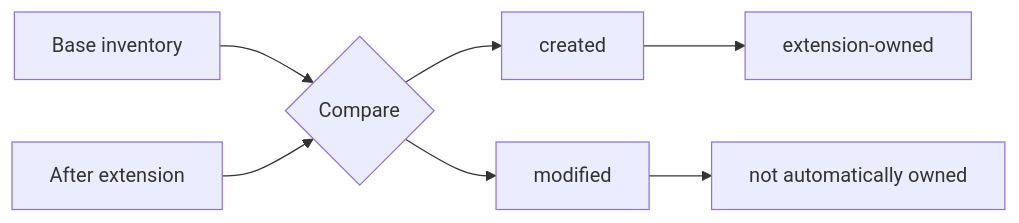
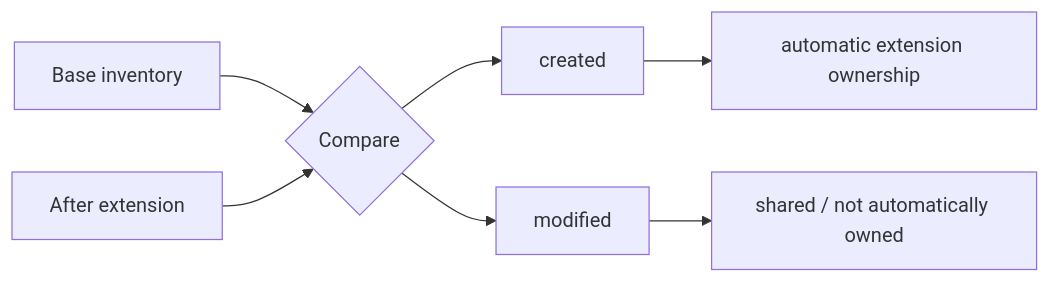
One commit to adeccscholar/BuildEngine-Admin changed the sixth of 8 diagrams in admin/server-docs/build-libraries.md. Above: the diagram before and after it, drawn with Mermaid. The commit also changed other lines of this file, not shown here.

````diff
--- a/admin/server-docs/build-libraries.md
+++ b/admin/server-docs/build-libraries.md
@@ -329,9 +231,9 @@
 ```mermaid
 flowchart LR
     BEFORE[Base inventory] --> CMP{Compare}
     AFTER[After extension] --> CMP
     CMP --> CREATED[created]
     CMP --> MODIFIED[modified]
-    CREATED --> OWN[extension-owned]
-    MODIFIED --> SHARED[not automatically owned]
+    CREATED --> OWN[automatic extension ownership]
+    MODIFIED --> REVIEW[shared / not automatically owned]
 ```
````
